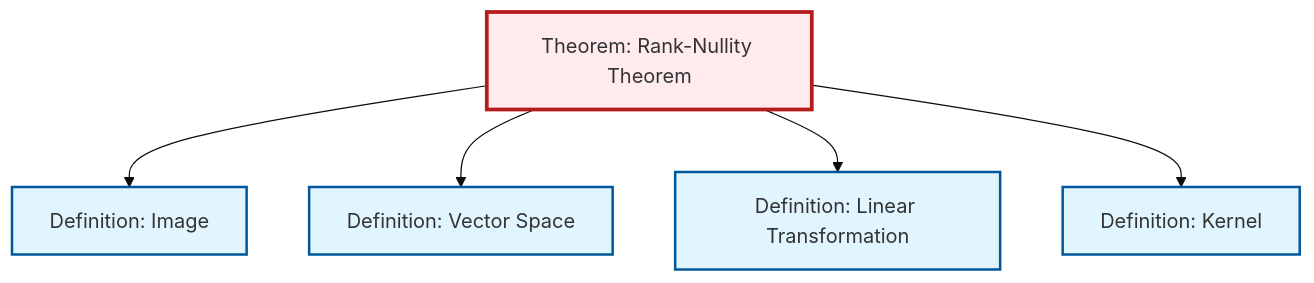
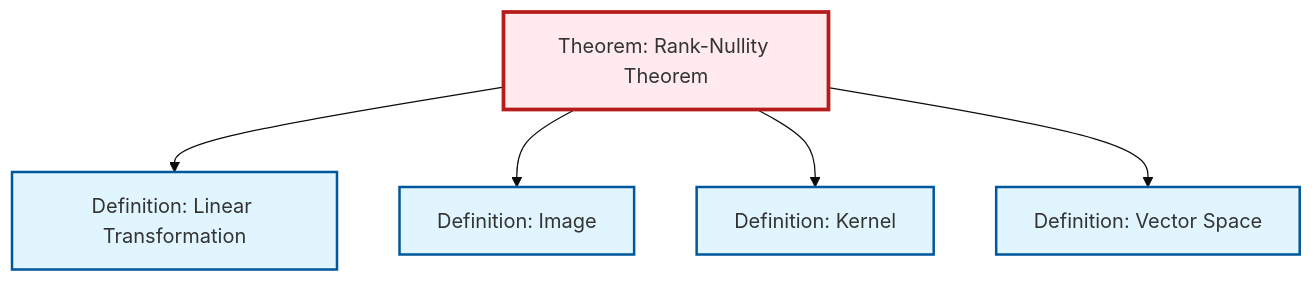
The diagram in content/ja/algebra/thm-rank-nullity.qmd (RK0429/ModernMath), drawn with Mermaid (base theme) before and after one commit. The commit also changed other lines of this file and 491 other files, not shown here.

````diff
--- a/content/ja/algebra/thm-rank-nullity.qmd
+++ b/content/ja/algebra/thm-rank-nullity.qmd
@@ -56,23 +56,23 @@
 ```{mermaid}
 %%| fig-cap: "Local dependency graph"
 graph TD
     classDef definition fill:#e1f5fe,stroke:#01579b,stroke-width:2px
     classDef theorem fill:#f3e5f5,stroke:#4a148c,stroke-width:2px
     classDef axiom fill:#fff3e0,stroke:#e65100,stroke-width:2px
     classDef example fill:#e8f5e9,stroke:#1b5e20,stroke-width:2px
     classDef current fill:#ffebee,stroke:#b71c1c,stroke-width:3px
+    def-kernel["Definition: Kernel"]:::definition
+    def-linear-transformation["Definition: Linear Transformation"]:::definition
+    def-vector-space["Definition: Vector Space"]:::definition
+    thm-rank-nullity["Theorem: Rank-Nullity Theorem"]:::theorem
     def-image["Definition: Image"]:::definition
-    def-linear-transformation["Definition: Linear Transformation"]:::definition
-    def-kernel["Definition: Kernel"]:::definition
-    thm-rank-nullity["Theorem: Rank-Nullity Theorem"]:::theorem
-    def-vector-space["Definition: Vector Space"]:::definition
+    thm-rank-nullity --> def-linear-transformation
     thm-rank-nullity --> def-image
+    thm-rank-nullity --> def-kernel
     thm-rank-nullity --> def-vector-space
-    thm-rank-nullity --> def-linear-transformation
-    thm-rank-nullity --> def-kernel
     class thm-rank-nullity current
+    click def-kernel "def-kernel.html" "Definition: Kernelへ"
+    click def-linear-transformation "def-linear-transformation.html" "Definition: Linear Transformationへ"
+    click def-vector-space "def-vector-space.html" "Definition: Vector Spaceへ"
     click def-image "def-image.html" "Definition: Imageへ"
-    click def-linear-transformation "def-linear-transformation.html" "Definition: Linear Transformationへ"
-    click def-kernel "def-kernel.html" "Definition: Kernelへ"
-    click def-vector-space "def-vector-space.html" "Definition: Vector Spaceへ"
 ```
````
